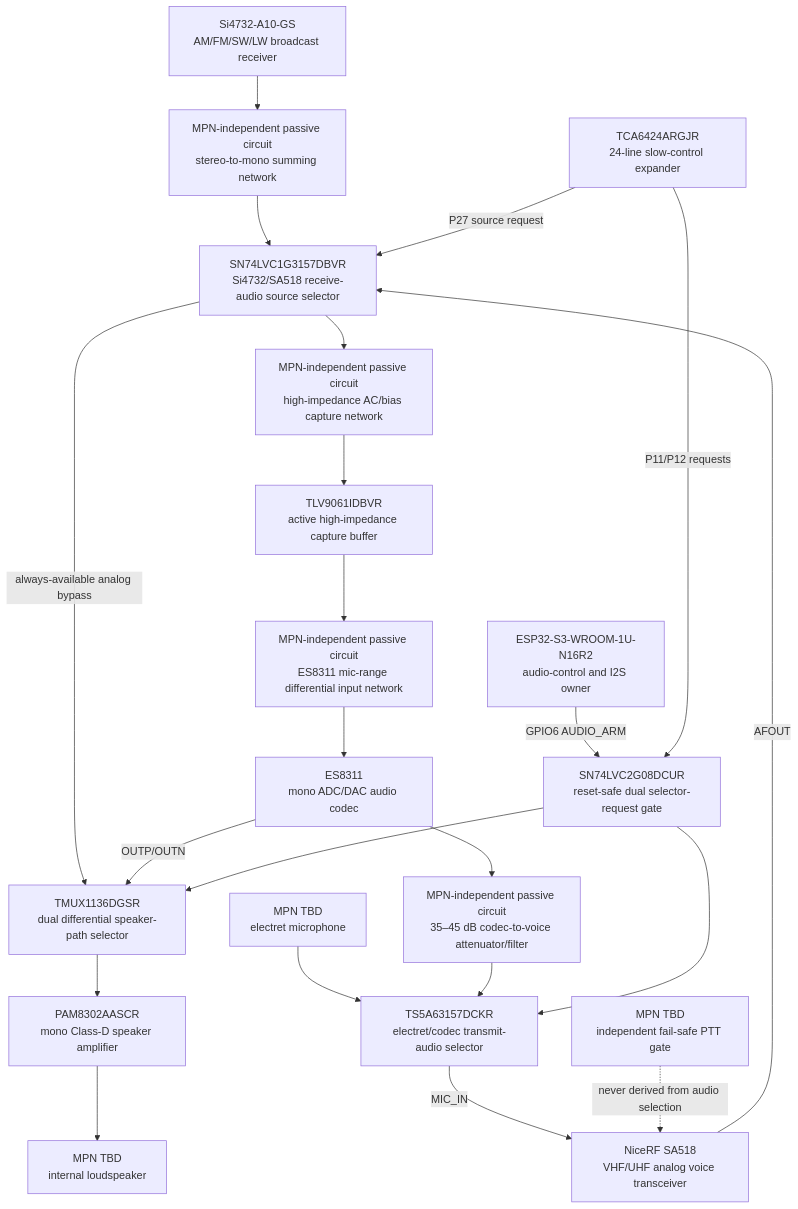
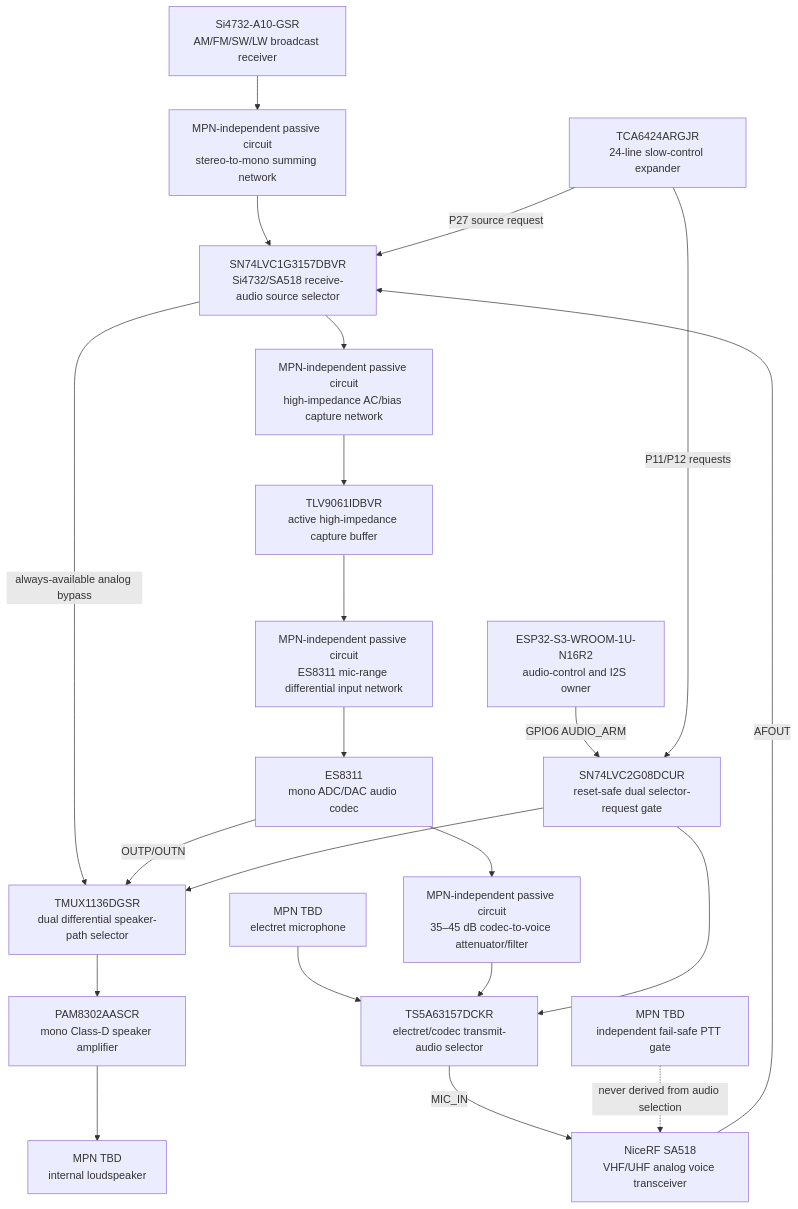
One commit to anton-vinogradov/esp32-leshy2 changed the diagram in docs/review/architecture/AUDIO-0002-complete-audio-path-comparison.md. Above: the diagram before and after it, drawn with Mermaid. The commit also changed 36 other files, not shown here.

````diff
--- a/docs/review/architecture/AUDIO-0002-complete-audio-path-comparison.md
+++ b/docs/review/architecture/AUDIO-0002-complete-audio-path-comparison.md
@@ -31,24 +31,24 @@
 ```mermaid
 flowchart TB
-  SI["Si4732-A10-GS<br/>AM/FM/SW/LW broadcast receiver"] --> SUM["MPN-independent passive circuit<br/>stereo-to-mono summing network"]
+  SI["Si4732-A10-GSR<br/>AM/FM/SW/LW broadcast receiver"] --> SUM["MPN-independent passive circuit<br/>stereo-to-mono summing network"]
   SA["NiceRF SA518<br/>VHF/UHF analog voice transceiver"] -->|"AFOUT"| RXMUX["SN74LVC1G3157DBVR<br/>Si4732/SA518 receive-audio source selector"]
   SUM --> RXMUX
   SLOW["TCA6424ARGJR<br/>24-line slow-control expander"] -->|"P27 source request"| RXMUX
   RXMUX -->|"always-available analog bypass"| SPKSEL["TMUX1136DGSR<br/>dual differential speaker-path selector"]
   RXMUX --> CAP["MPN-independent passive circuit<br/>high-impedance AC/bias capture network"]
   CAP --> BUF["TLV9061IDBVR<br/>active high-impedance capture buffer"]
   BUF --> ADCNET["MPN-independent passive circuit<br/>ES8311 mic-range differential input network"]
   ADCNET --> CODEC["ES8311<br/>mono ADC/DAC audio codec"]
   CODEC -->|"OUTP/OUTN"| SPKSEL
   SPKSEL --> PAM["PAM8302AASCR<br/>mono Class-D speaker amplifier"]
   PAM --> SPEAKER["MPN TBD<br/>internal loudspeaker"]
   CODEC --> ATT["MPN-independent passive circuit<br/>35–45 dB codec-to-voice attenuator/filter"]
   MIC["MPN TBD<br/>electret microphone"] --> TXSEL["TS5A63157DCKR<br/>electret/codec transmit-audio selector"]
   ATT --> TXSEL
   TXSEL -->|"MIC_IN"| SA
   S3["ESP32-S3-WROOM-1U-N16R2<br/>audio-control and I2S owner"] -->|"GPIO6 AUDIO_ARM"| SAFE["SN74LVC2G08DCUR<br/>reset-safe dual selector-request gate"]
   SLOW -->|"P11/P12 requests"| SAFE
   SAFE --> SPKSEL
   SAFE --> TXSEL
   PTT["MPN TBD<br/>independent fail-safe PTT gate"] -. "never derived from audio selection" .-> SA
 ```
````
